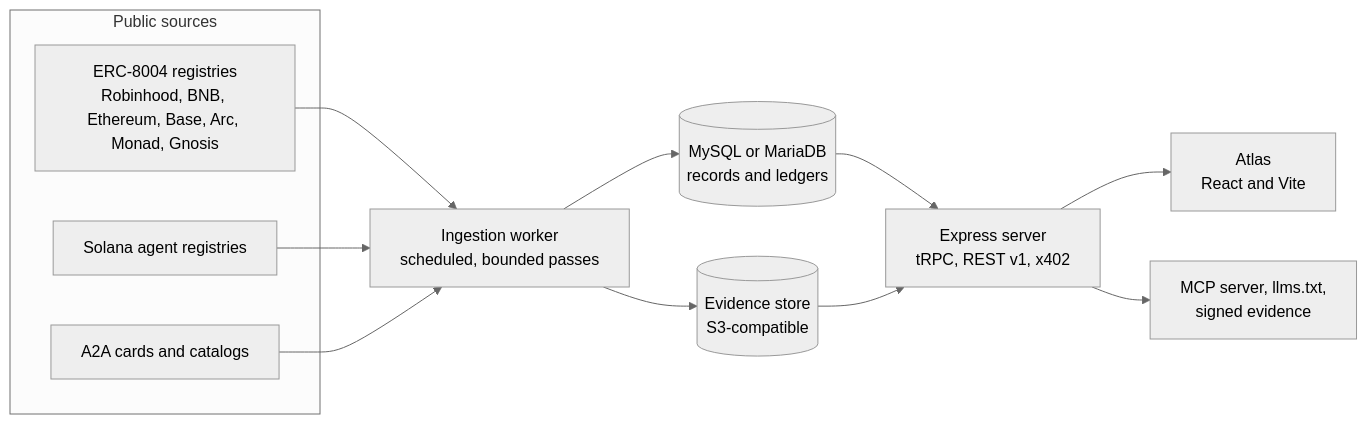
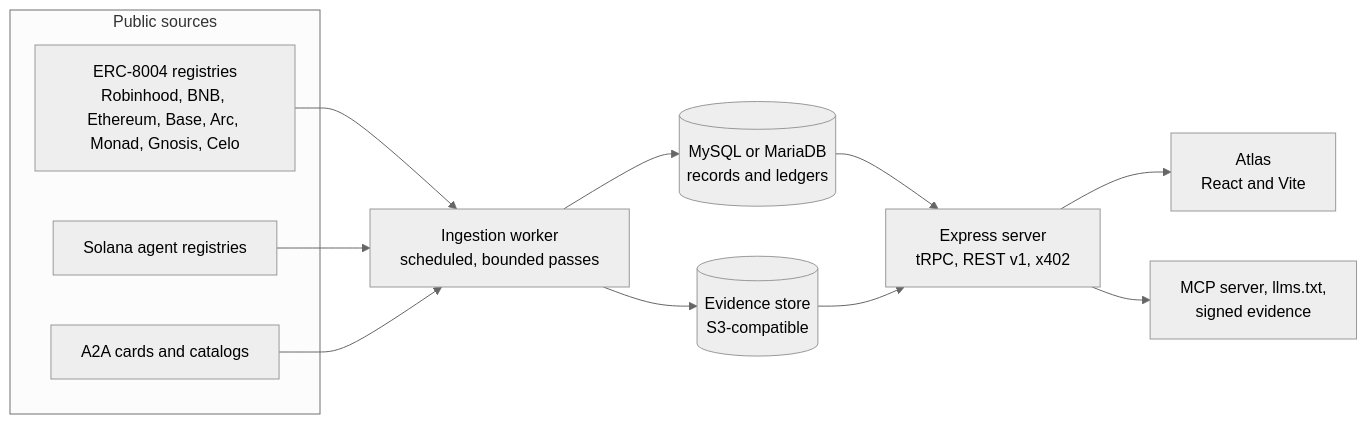
The diagram in README.md (RunTimeAdmin/nooscape-public), drawn with Mermaid (neutral theme) before and after one commit. The commit also changed other lines of this file and 211 other files, not shown here.

````diff
--- a/README.md
+++ b/README.md
@@ -89,23 +90,23 @@
 ```mermaid
 flowchart LR
   subgraph Sources["Public sources"]
-    A["ERC-8004 registries<br/>Robinhood, BNB, Ethereum, Base, Arc, Monad, Gnosis"]
+    A["ERC-8004 registries<br/>Robinhood, BNB, Ethereum, Base, Arc, Monad, Gnosis, Celo"]
     B["Solana agent registries"]
     C["A2A cards and catalogs"]
   end
   W["Ingestion worker<br/>scheduled, bounded passes"]
   D[("MySQL or MariaDB<br/>records and ledgers")]
   S[("Evidence store<br/>S3-compatible")]
   X["Express server<br/>tRPC, REST v1, x402"]
   U["Atlas<br/>React and Vite"]
   O["MCP server, llms.txt,<br/>signed evidence"]
   A --> W
   B --> W
   C --> W
   W --> D
   W --> S
   D --> X
   S --> X
   X --> U
   X --> O
 ```
````
